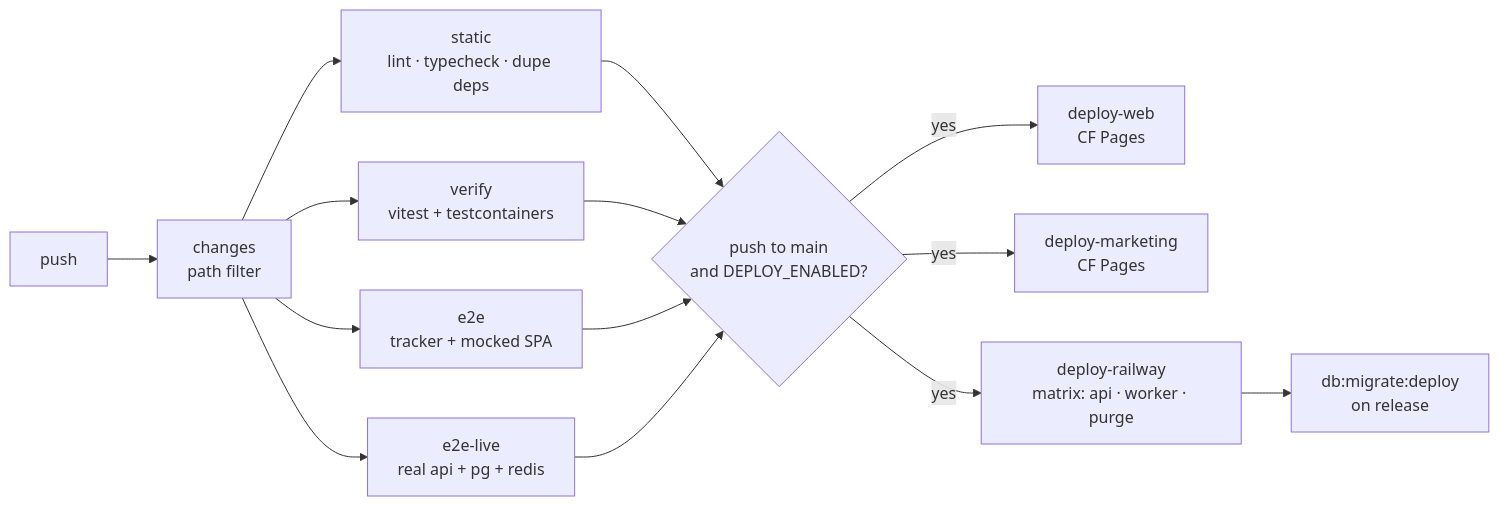
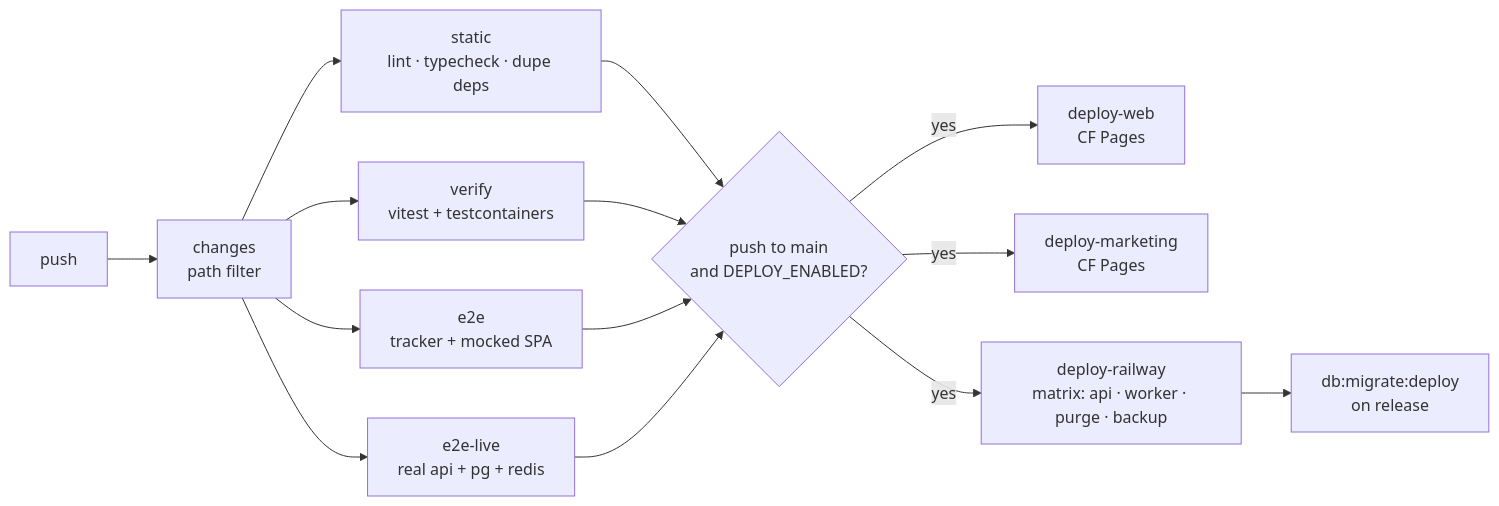
One commit to souravsspace/sonex-architecture.md changed diagram 11 of 11 in README.md. Above: the diagram before and after it, drawn with Mermaid. The commit also changed other lines of this file, not shown here.

````diff
--- a/README.md
+++ b/README.md
@@ -707,16 +766,16 @@
 ```mermaid
 flowchart LR
     PUSH["push"] --> CH["changes<br/>path filter"]
     CH --> ST["static<br/>lint · typecheck · dupe deps"]
     CH --> VF["verify<br/>vitest + testcontainers"]
     CH --> E2E["e2e<br/>tracker + mocked SPA"]
     CH --> EL["e2e-live<br/>real api + pg + redis"]
     ST --> GATE{"push to main<br/>and DEPLOY_ENABLED?"}
     VF --> GATE
     E2E --> GATE
     EL --> GATE
     GATE -->|yes| DW["deploy-web<br/>CF Pages"]
     GATE -->|yes| DM["deploy-marketing<br/>CF Pages"]
-    GATE -->|yes| DR["deploy-railway<br/>matrix: api · worker · purge"]
+    GATE -->|yes| DR["deploy-railway<br/>matrix: api · worker · purge · backup"]
     DR --> MIG["db:migrate:deploy<br/>on release"]
 ```
````
